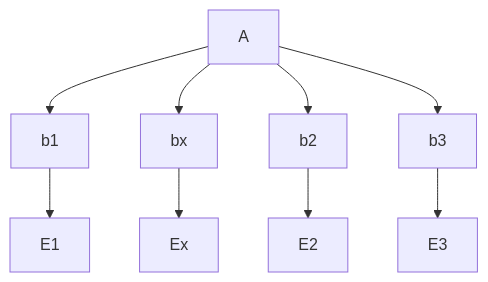
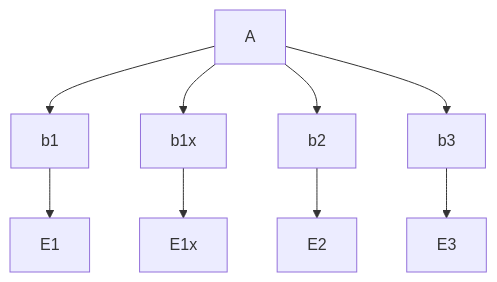
The seventh of 7 diagrams in src/health-models/azext_health_models/LAYOUT.md (Azure/azure-cli-extensions), drawn with Mermaid before and after one commit. The commit also changed other lines of this file and 6 other files, not shown here.

````diff
--- a/src/health-models/azext_health_models/LAYOUT.md
+++ b/src/health-models/azext_health_models/LAYOUT.md
@@ -210,11 +216,11 @@
 ```mermaid
 flowchart TD
     A["A"] --> b1["b1"]
-    A --> bx["bx"]
+    A --> b1x["b1x"]
     A --> b2["b2"]
     A --> b3["b3"]
     b1 --> E1["E1"]
-    bx --> Ex["Ex"]
+    b1x --> E1x["E1x"]
     b2 --> E2["E2"]
     b3 --> E3["E3"]
 ```
````
